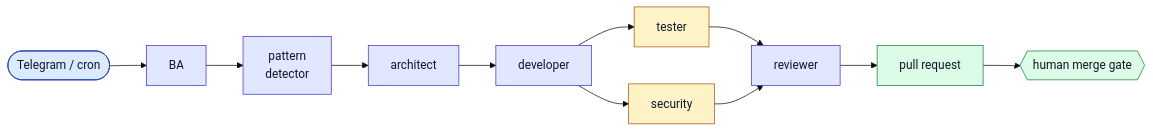
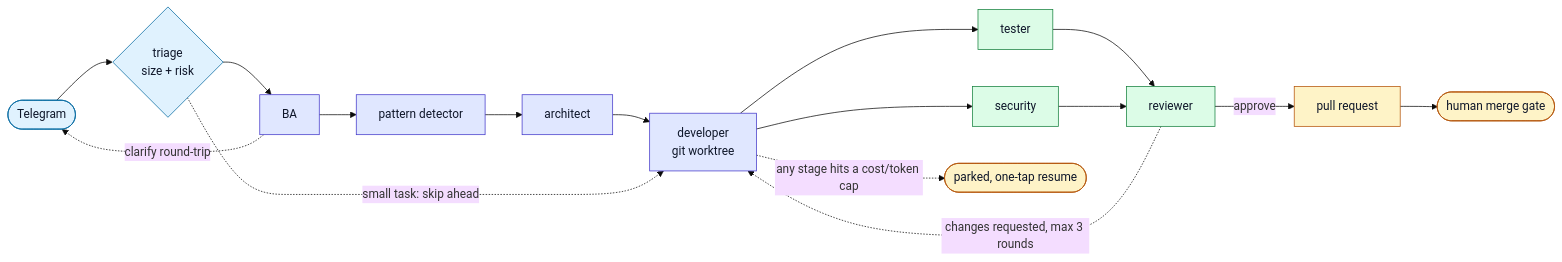
The diagram in README.md (Sekator778/Sekator778), drawn with Mermaid (base theme) before and after one commit. The commit also changed other lines of this file, not shown here.

Commit message:
ai-delivery: accurate pipeline diagram and description from the project itself

````diff
--- a/README.md
+++ b/README.md
@@ -54,18 +54,23 @@
 ```mermaid
 flowchart LR
-    IN([Telegram / cron]) --> BA[BA] --> PD[pattern<br/>detector] --> AR[architect] --> DEV[developer]
-    DEV --> TST[tester]
-    DEV --> SEC[security]
-    TST --> REV[reviewer]
-    SEC --> REV
-    REV --> PR[pull request] --> GATE{{human merge gate}}
+  classDef entry fill:#e0f2fe,stroke:#0369a1,color:#0f172a
+  classDef agent fill:#e0e7ff,stroke:#4338ca,color:#0f172a
+  classDef verify fill:#dcfce7,stroke:#15803d,color:#0f172a
+  classDef term fill:#fef3c7,stroke:#b45309,color:#0f172a
 
-    classDef entry fill:#dbeafe,stroke:#1e40af,color:#0f172a
-    classDef agent fill:#e0e7ff,stroke:#4338ca,color:#0f172a
-    classDef check fill:#fef3c7,stroke:#b45309,color:#0f172a
-    classDef out fill:#dcfce7,stroke:#15803d,color:#0f172a
-    class IN entry
-    class BA,PD,AR,DEV,REV agent
-    class TST,SEC check
-    class PR,GATE out
+  TG([Telegram]):::entry --> TRI{triage<br>size + risk}:::entry
+  TRI --> BA[BA]:::agent
+  BA -. clarify round-trip .-> TG
+  BA --> PD[pattern detector]:::agent
+  PD --> ARCH[architect]:::agent
+  ARCH --> DEV[developer<br>git worktree]:::agent
+  TRI -. small task: skip ahead .-> DEV
+  DEV --> TEST[tester]:::verify
+  DEV --> SEC[security]:::verify
+  TEST --> REV[reviewer]:::verify
+  SEC --> REV
+  REV -- approve --> PR[pull request]:::term
+  REV -. changes requested, max 3 rounds .-> DEV
+  PR --> GATE([human merge gate]):::term
+  DEV -. any stage hits a cost/token cap .-> PARK([parked, one-tap resume]):::term
 ```
````
